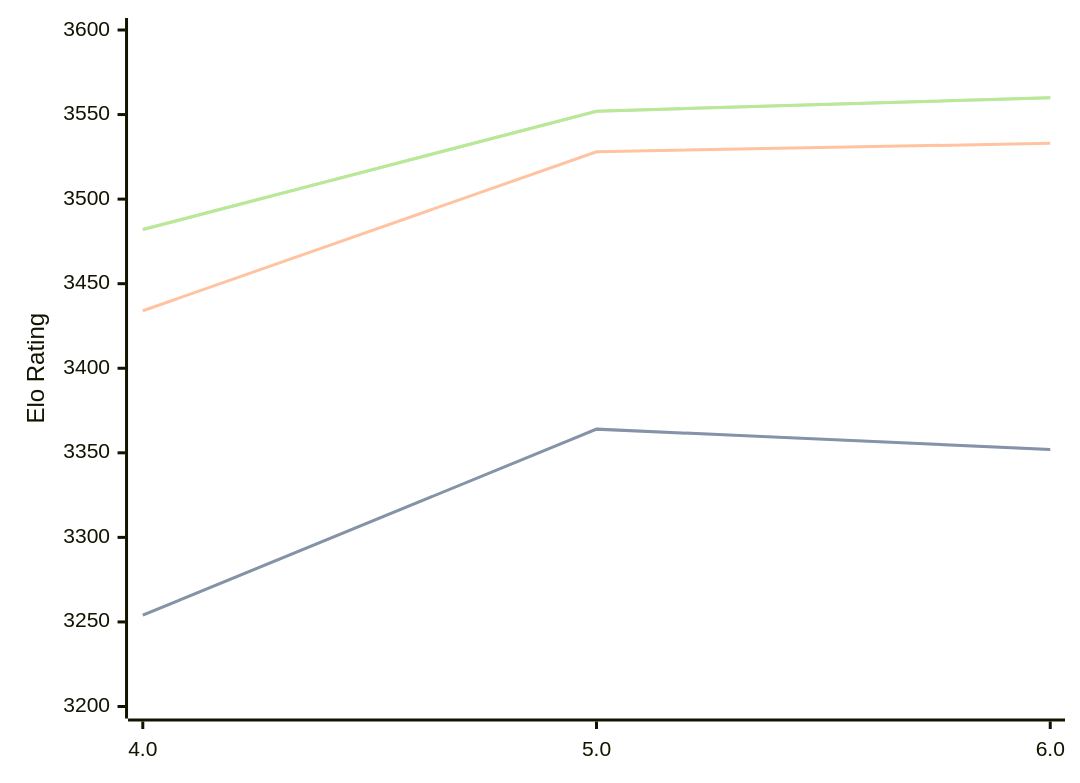
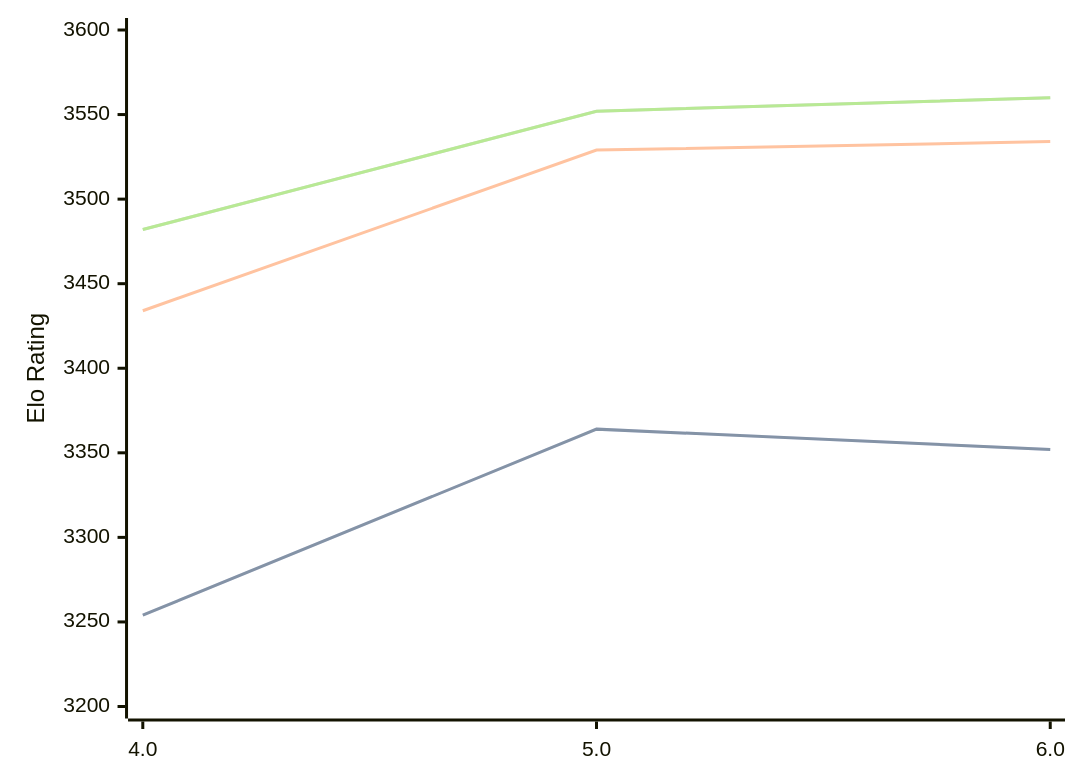
Before and after one commit to computer-chess-index/cci: the diagram in engines/Tarnished.md, drawn with Mermaid. The commit also changed other lines of this file, not shown here.

````diff
--- a/engines/Tarnished.md
+++ b/engines/Tarnished.md
@@ -33,11 +33,11 @@
 ```mermaid
 %%{init: {"theme":"base","themeVariables":{"seriesColors:['#a3a3a3','#222221','#faa371']}}}%%
 xychart-beta
   x-axis ["4.0", "5.0", "6.0"]
   y-axis "Elo Rating" 3200 --> 3600
   line "" [3254, 3364, 3352]
   line "STC (8.0+0.08s)" [3254, 3364, 3352]
-  line "LTC (60.0+0.60s)" [3434, 3528, 3533]
+  line "LTC (60.0+0.60s)" [3434, 3529, 3534]
   line "" [3482, 3552, 3560]
   line "VLTC (2m24s+1.12s)" [3482, 3552, 3560]
 ```
````
